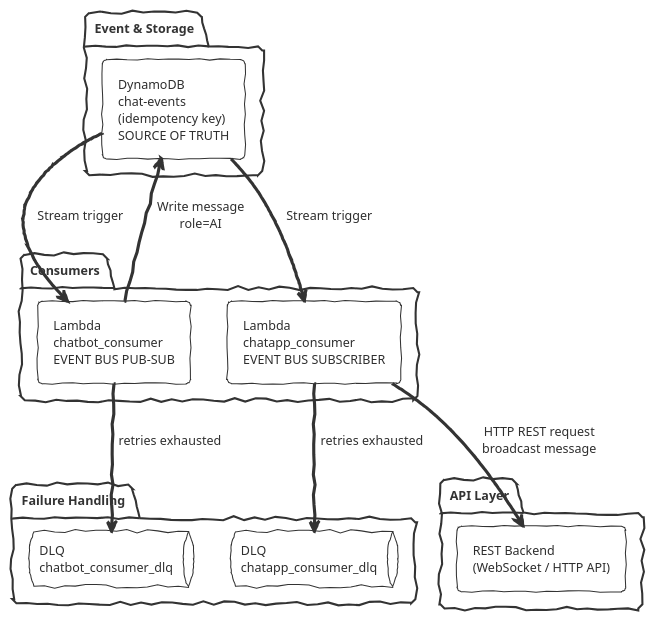
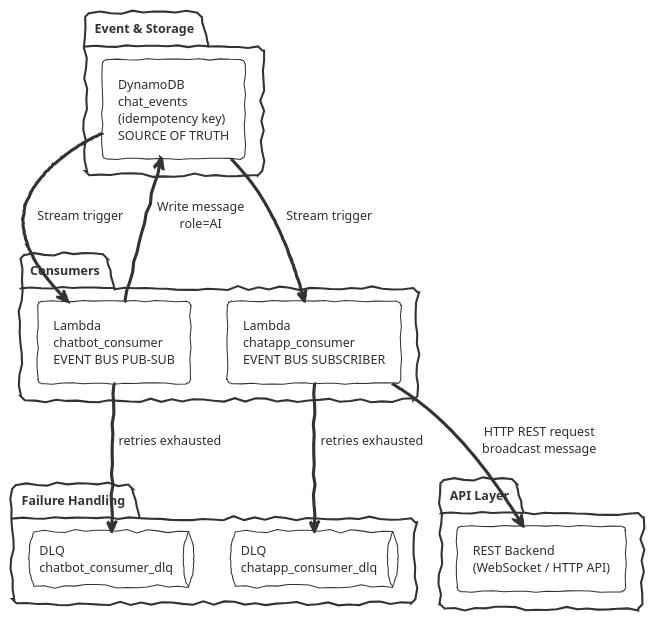
The diagram in .specify/features/DDB-eventbus/diagram.puml (yokharian/event-driven-chat-service), drawn with PlantUML before and after one commit. The commit also changed 40 other files, not shown here.

```diff
--- a/.specify/features/DDB-eventbus/diagram.puml
+++ b/.specify/features/DDB-eventbus/diagram.puml
@@ -1,40 +1,40 @@
 @startuml
 !theme sketchy-outline
 
 skinparam componentStyle rectangle
 skinparam wrapWidth 200
 skinparam maxMessageSize 150
 skinparam shadowing false
 
 package "Event & Storage" {
-  component "DynamoDB\nchat-events\n(idempotency key)\nSOURCE OF TRUTH" as DDB
+  component "DynamoDB\nchat_events\n(idempotency key)\nSOURCE OF TRUTH" as DDB
 }
 
 package "Consumers" {
   component "Lambda\nchatbot_consumer\nEVENT BUS PUB-SUB" as BOT
   component "Lambda\nchatapp_consumer\nEVENT BUS SUBSCRIBER" as APP
 }
 
 package "Failure Handling" {
   queue "DLQ\nchatbot_consumer_dlq" as BOTDLQ
   queue "DLQ\nchatapp_consumer_dlq" as APPDLQ
 }
 
 package "API Layer" {
   component "REST Backend\n(WebSocket / HTTP API)" as BACKEND
 }
 
 ' ---- Event triggers (DynamoDB Streams) ----
 DDB --> BOT : Stream trigger
 DDB --> APP : Stream trigger
 
 ' ---- Chatbot behavior ----
 BOT --> DDB : Write message\nrole=AI
 
 ' ---- Chat app behavior ----
 APP --> BACKEND : HTTP REST request\nbroadcast message
 
 ' ---- Failure paths ----
 BOT -down-> BOTDLQ : retries exhausted
 APP -down-> APPDLQ : retries exhausted
 @enduml
```
